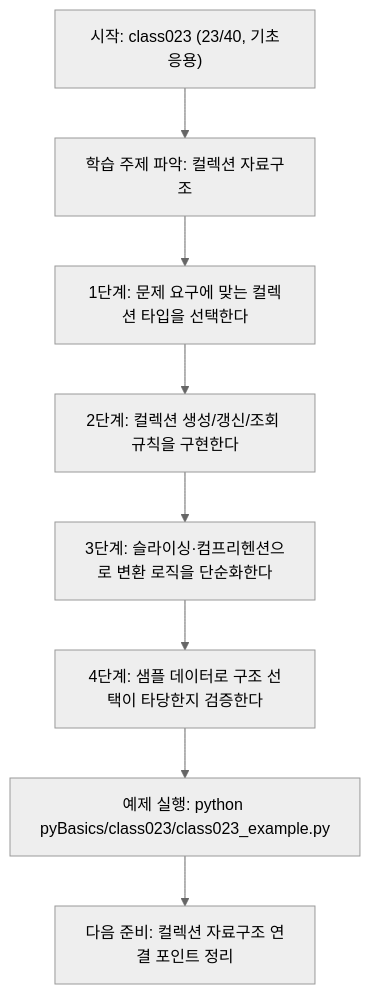
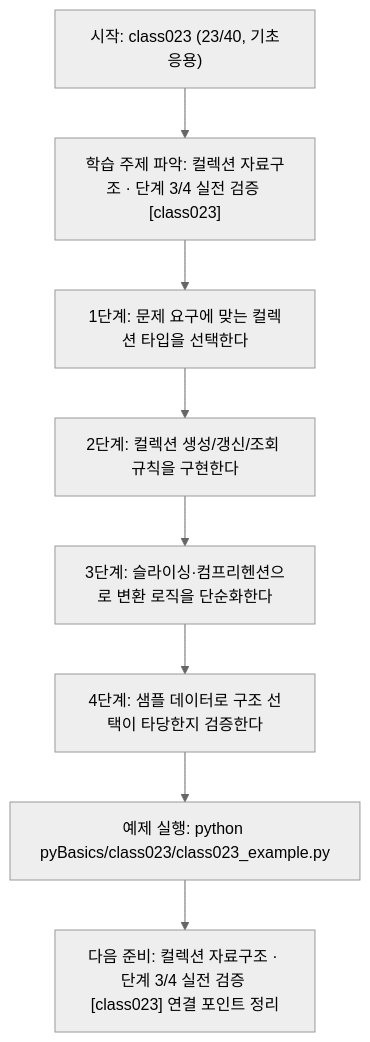
Before and after one commit to edumgt/Python-AI_Agent-Class: the diagram in pyBasics/class023/class023.md, drawn with Mermaid (neutral theme). The commit also changed other lines of this file and 522 other files, not shown here.

````diff
--- a/pyBasics/class023/class023.md
+++ b/pyBasics/class023/class023.md
@@ -108,18 +109,18 @@
 ```mermaid
 flowchart TD
 N1["시작: class023 (23/40, 기초응용)"]
-N2["학습 주제 파악: 컬렉션 자료구조"]
+N2["학습 주제 파악: 컬렉션 자료구조 · 단계 3/4 실전 검증 [class023]"]
 N3["1단계: 문제 요구에 맞는 컬렉션 타입을 선택한다"]
 N4["2단계: 컬렉션 생성/갱신/조회 규칙을 구현한다"]
 N5["3단계: 슬라이싱·컴프리헨션으로 변환 로직을 단순화한다"]
 N6["4단계: 샘플 데이터로 구조 선택이 타당한지 검증한다"]
 N7["예제 실행: python pyBasics/class023/class023_example.py"]
-N8["다음 준비: 컬렉션 자료구조 연결 포인트 정리"]
+N8["다음 준비: 컬렉션 자료구조 · 단계 3/4 실전 검증 [class023] 연결 포인트 정리"]
 N1 --> N2
 N2 --> N3
 N3 --> N4
 N4 --> N5
 N5 --> N6
 N6 --> N7
 N7 --> N8
 ```
````
